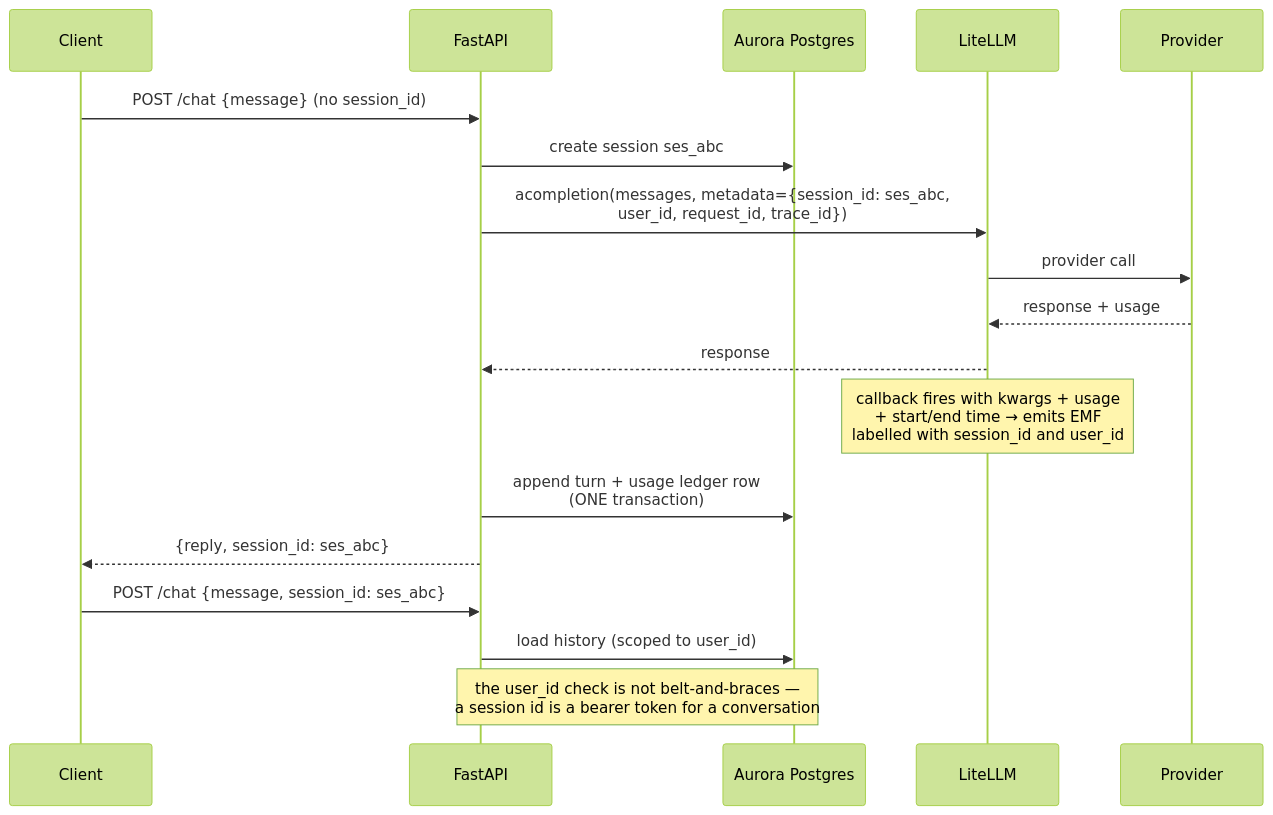
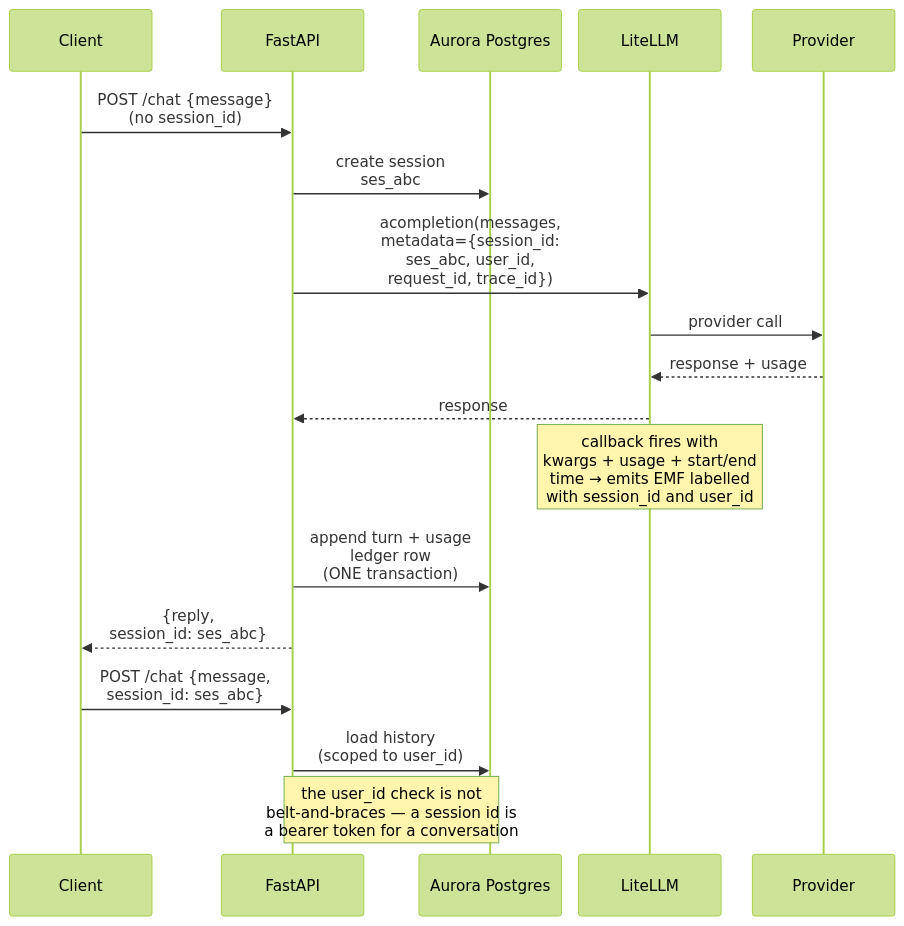
One commit to fibaneza/public-tmp changed the second of 6 diagrams in observability/LLM_Observability_AWS.adoc. Above: the diagram before and after it, drawn with Mermaid (forest theme). The commit also changed other lines of this file and 19 other files, not shown here.

Commit message:
feat: add RAG observability guide, standardize mermaid diagrams, and update cross-references throughout documentation

```diff
--- a/observability/LLM_Observability_AWS.adoc
+++ b/observability/LLM_Observability_AWS.adoc
@@ -144,23 +145,24 @@
 [mermaid]
 ....
+%%{init: {"sequence": {"actorMargin": 18, "boxMargin": 6, "noteMargin": 6, "messageMargin": 24}} }%%
 sequenceDiagram
     participant C as Client
     participant F as FastAPI
     participant D as Aurora Postgres
     participant L as LiteLLM
     participant P as Provider
 
-    C->>F: POST /chat {message}  (no session_id)
-    F->>D: create session ses_abc
-    F->>L: acompletion(messages, metadata={session_id: ses_abc,<br/>user_id, request_id, trace_id})
+    C->>F: POST /chat {message}<br/>(no session_id)
+    F->>D: create session<br/>ses_abc
+    F->>L: acompletion(messages,<br/>metadata={session_id:<br/>ses_abc, user_id,<br/>request_id, trace_id})
     L->>P: provider call
     P-->>L: response + usage
     L-->>F: response
-    Note over L: callback fires with kwargs + usage<br/>+ start/end time → emits EMF<br/>labelled with session_id and user_id
-    F->>D: append turn + usage ledger row<br/>(ONE transaction)
-    F-->>C: {reply, session_id: ses_abc}
+    Note over L: callback fires with<br/>kwargs + usage + start/end<br/>time → emits EMF labelled<br/>with session_id and user_id
+    F->>D: append turn + usage<br/>ledger row<br/>(ONE transaction)
+    F-->>C: {reply,<br/>session_id: ses_abc}
 
-    C->>F: POST /chat {message, session_id: ses_abc}
-    F->>D: load history (scoped to user_id)
-    Note over F,D: the user_id check is not belt-and-braces —<br/>a session id is a bearer token for a conversation
+    C->>F: POST /chat {message,<br/>session_id: ses_abc}
+    F->>D: load history<br/>(scoped to user_id)
+    Note over F,D: the user_id check is not<br/>belt-and-braces — a session id is<br/>a bearer token for a conversation
 ....
```
